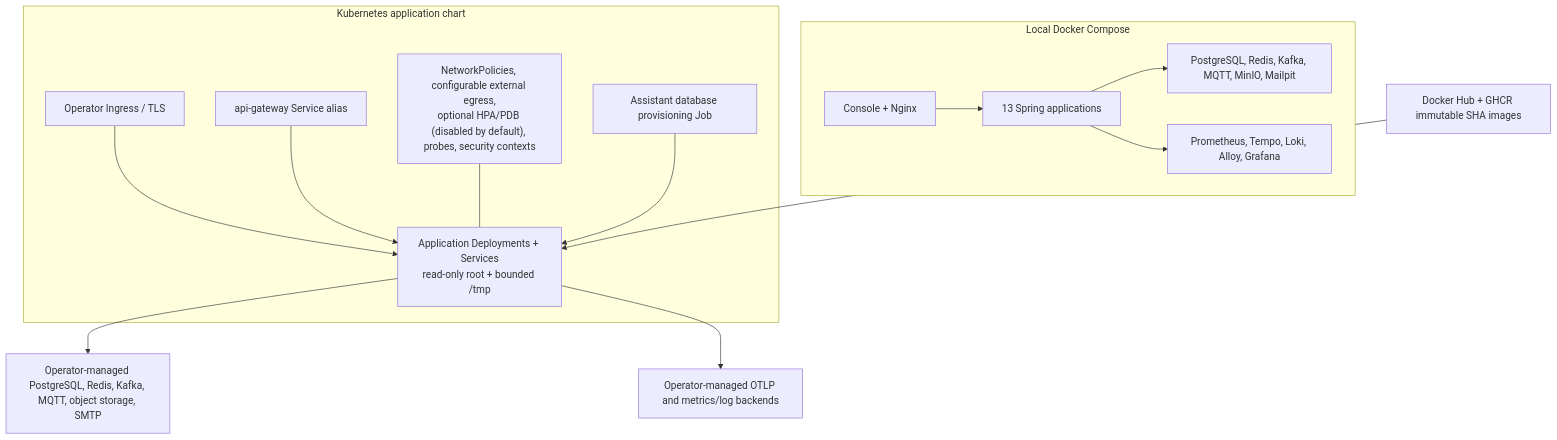
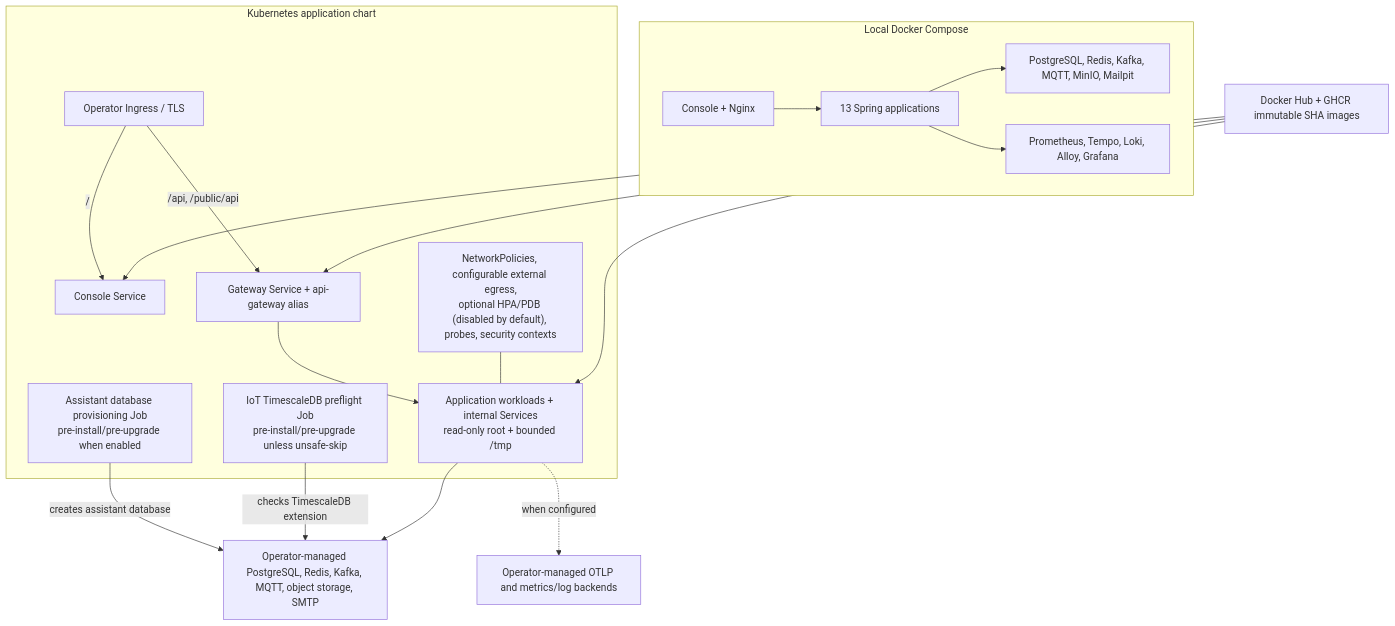
The diagram in docs/diagrams/deployment-architecture.md (JasonTM17/AgriCore_SpringBoot_Microservices), drawn with Mermaid before and after one commit. The commit also changed other lines of this file and 5 other files, not shown here.

````diff
--- a/docs/diagrams/deployment-architecture.md
+++ b/docs/diagrams/deployment-architecture.md
@@ -3,31 +3,37 @@
 ```mermaid
 flowchart TB
     subgraph local["Local Docker Compose"]
         localEdge["Console + Nginx"]
         localApps["13 Spring applications"]
         localData["PostgreSQL, Redis, Kafka, MQTT, MinIO, Mailpit"]
         localObs["Prometheus, Tempo, Loki, Alloy, Grafana"]
         localEdge --> localApps --> localData
         localApps --> localObs
     end
 
     subgraph cluster["Kubernetes application chart"]
         ingress["Operator Ingress / TLS"]
-        workloads["Application Deployments + Services\nread-only root + bounded /tmp"]
-        gatewayAlias["api-gateway Service alias"]
+        consoleService["Console Service"]
+        gatewayService["Gateway Service + api-gateway alias"]
+        workloads["Application workloads + internal Services\nread-only root + bounded /tmp"]
         policies["NetworkPolicies, configurable external egress,\noptional HPA/PDB (disabled by default), probes, security contexts"]
-        dbJob["Assistant database provisioning Job"]
-        ingress --> workloads
-        gatewayAlias --> workloads
+        assistantDbJob["Assistant database provisioning Job\npre-install/pre-upgrade when enabled"]
+        iotPreflightJob["IoT TimescaleDB preflight Job\npre-install/pre-upgrade unless unsafe-skip"]
+        ingress -->|"/"| consoleService
+        ingress -->|"/api, /public/api"| gatewayService
+        gatewayService --> workloads
         policies --- workloads
-        dbJob --> workloads
     end
 
     externalData["Operator-managed PostgreSQL, Redis, Kafka, MQTT, object storage, SMTP"]
     externalObs["Operator-managed OTLP and metrics/log backends"]
     registry["Docker Hub + GHCR immutable SHA images"]
 
+    registry --> consoleService
+    registry --> gatewayService
     registry --> workloads
+    assistantDbJob -->|"creates assistant database"| externalData
+    iotPreflightJob -->|"checks TimescaleDB extension"| externalData
     workloads --> externalData
-    workloads --> externalObs
+    workloads -.->|"when configured"| externalObs
 ```
````
